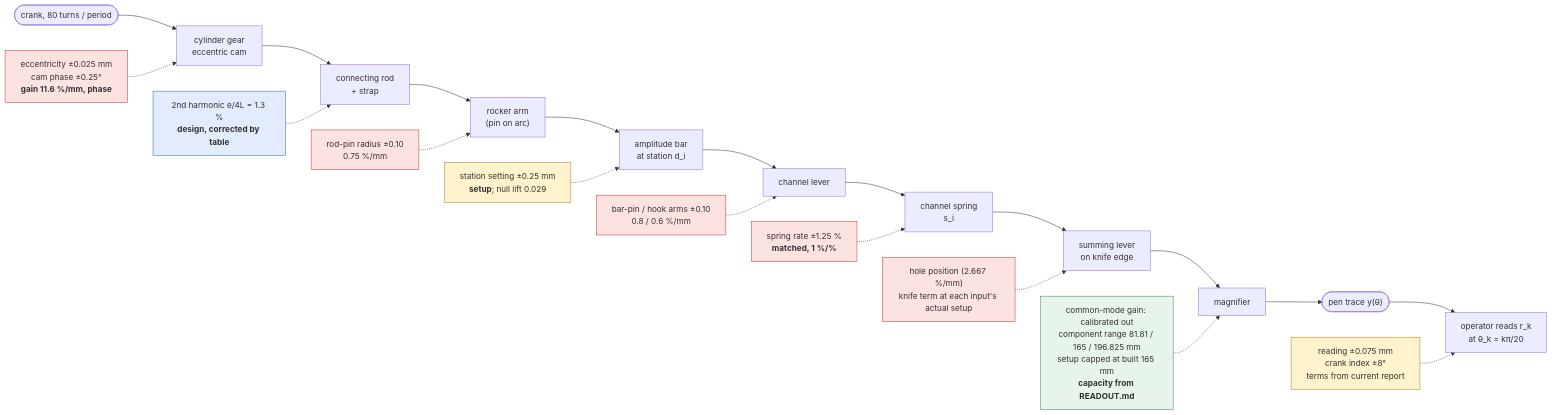
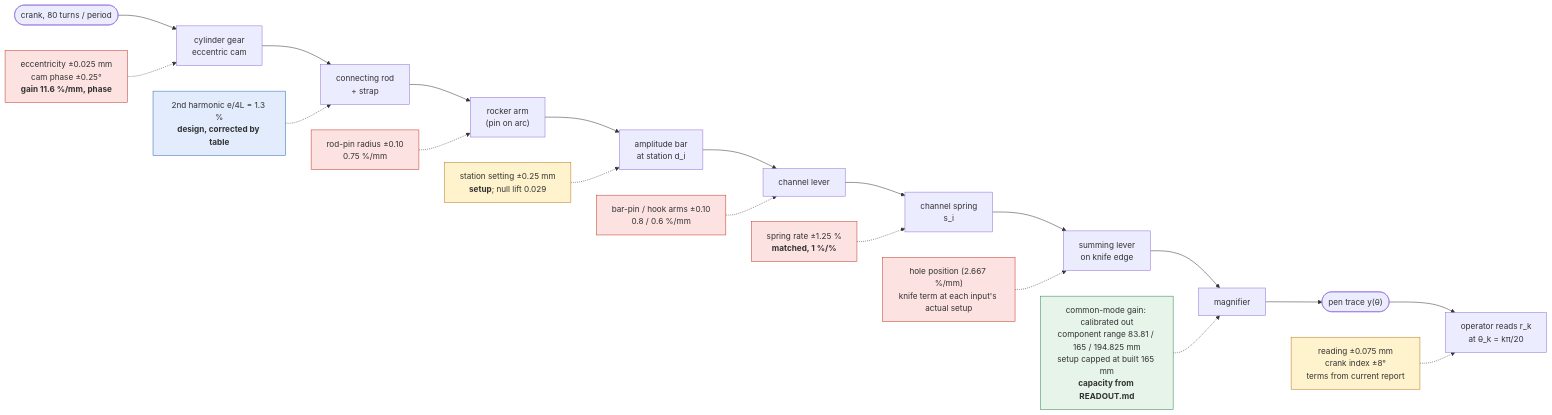
One commit to pedropaulovc/harmonic-analyzer changed the first of 4 diagrams in cad/docs/tolerance-policy.md. Above: the diagram before and after it, drawn with Mermaid. The commit also changed other lines of this file and 21 other files, not shown here.

````diff
--- a/cad/docs/tolerance-policy.md
+++ b/cad/docs/tolerance-policy.md
@@ -135,27 +135,27 @@
 ```mermaid
 flowchart LR
     crank([crank, 80 turns / period]) --> cam
     cam["cylinder gear<br/>eccentric cam"] --> rod["connecting rod<br/>+ strap"]
     rod --> rocker["rocker arm<br/>(pin on arc)"]
     rocker --> bar["amplitude bar<br/>at station d_i"]
     bar --> lever["channel lever"]
     lever --> spring["channel spring<br/>s_i"]
     spring --> summing["summing lever<br/>on knife edge"]
     summing --> mag["magnifier"] --> pen(["pen trace y(θ)"])
     pen --> op["operator reads r_k<br/>at θ_k = kπ/20"]
 
     e1["eccentricity ±0.025 mm<br/>cam phase ±0.25°<br/><b>gain 11.6 %/mm, phase</b>"]:::part -.-> cam
     e2["2nd harmonic e/4L = 1.3 %<br/><b>design, corrected by table</b>"]:::design -.-> rod
     e3["rod-pin radius ±0.10<br/>0.75 %/mm"]:::part -.-> rocker
     e4["station setting ±0.25 mm<br/><b>setup</b>; null lift 0.029"]:::setup -.-> bar
     e5["bar-pin / hook arms ±0.10<br/>0.8 / 0.6 %/mm"]:::part -.-> lever
     e6["spring rate ±1.25 %<br/><b>matched, 1 %/%</b>"]:::part -.-> spring
     e7["hole position (2.667 %/mm)<br/>knife term at each input's actual setup"]:::part -.-> summing
-    e8["common-mode gain: calibrated out<br/>component range 81.81 / 165 / 196.825 mm<br/>setup capped at built 165 mm<br/><b>capacity from READOUT.md</b>"]:::free -.-> mag
+    e8["common-mode gain: calibrated out<br/>component range 83.81 / 165 / 194.825 mm<br/>setup capped at built 165 mm<br/><b>capacity from READOUT.md</b>"]:::free -.-> mag
     e9["reading ±0.075 mm<br/>crank index ±8°<br/>terms from current report"]:::setup -.-> op
 
     classDef part fill:#fde2e2,stroke:#c0392b
     classDef setup fill:#fff3cd,stroke:#b7791f
     classDef design fill:#e2ecfd,stroke:#2b6cb0
     classDef free fill:#e6f4ea,stroke:#2f855a
 ```
````
